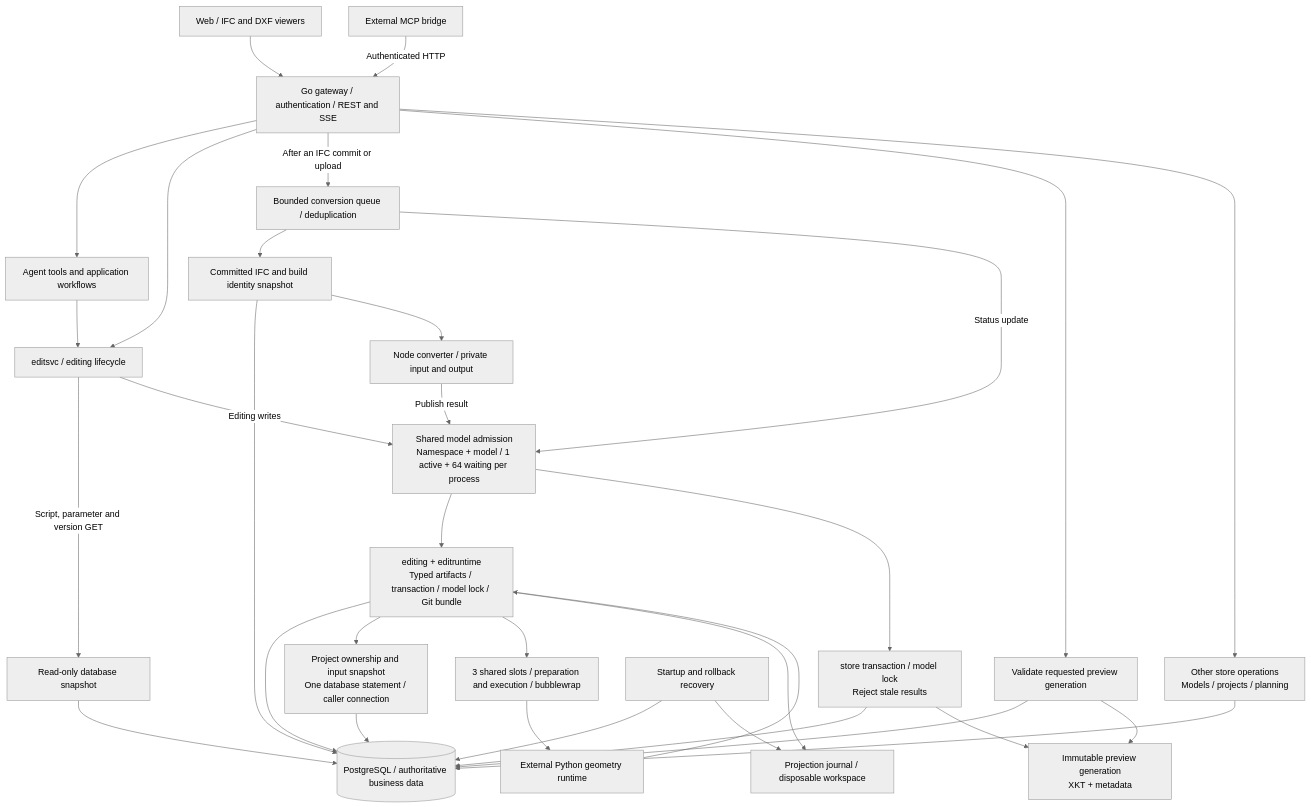
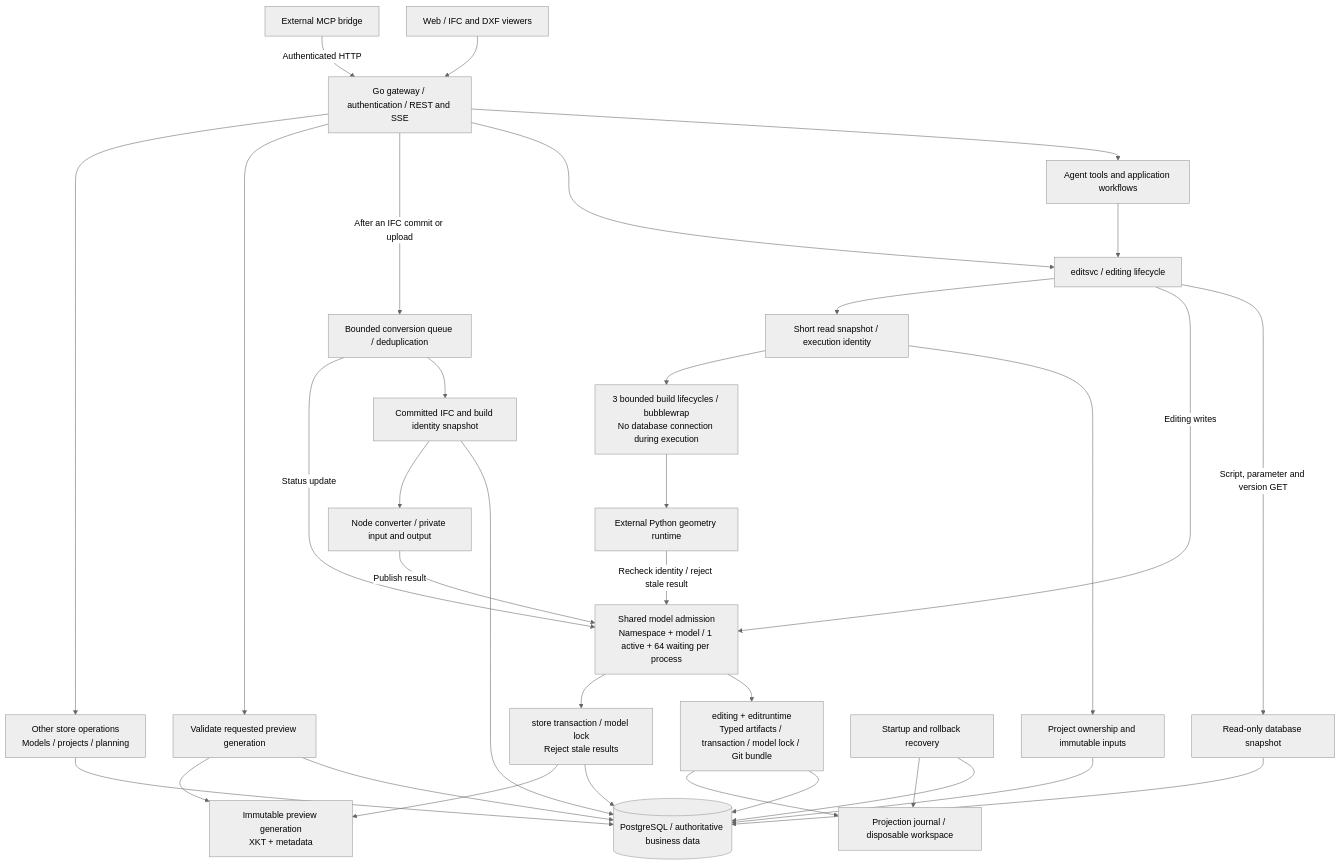
Before and after one commit to 0702hjj/SourceAEC: the first of 2 diagrams in README.md, drawn with Mermaid (neutral theme). The commit also changed other lines of this file and 23 other files, not shown here.

Commit message:
Release database leases during geometry and validate results before publication

````diff
--- a/README.md
+++ b/README.md
@@ -28,35 +28,36 @@
 ```mermaid
 flowchart TB
     WEB[Web / IFC and DXF viewers] --> API[Go gateway / authentication / REST and SSE]
     MCP[External MCP bridge] -->|Authenticated HTTP| API
     API --> AGENT[Agent tools and application workflows]
     API --> EDIT[editsvc / editing lifecycle]
     AGENT --> EDIT
     EDIT -->|Script, parameter and version GET| READ[Read-only database snapshot]
     READ --> PG[(PostgreSQL / authoritative business data)]
     EDIT -->|Editing writes| GATE[Shared model admission<br/>Namespace + model / 1 active + 64 waiting per process]
     GATE --> WRITE[editing + editruntime<br/>Typed artifacts / transaction / model lock / Git bundle]
     WRITE --> PG
-    WRITE --> INPUT[Project ownership and input snapshot<br/>One database statement / caller connection]
+    EDIT --> PREP[Short read snapshot / execution identity]
+    PREP --> INPUT[Project ownership and immutable inputs]
     INPUT --> PG
-    WRITE --> SANDBOX[3 shared slots / preparation and execution / bubblewrap]
+    PREP --> SANDBOX[3 bounded build lifecycles / bubblewrap<br/>No database connection during execution]
     SANDBOX --> PY[External Python geometry runtime]
-    PY --> WRITE
+    PY -->|Recheck identity / reject stale result| GATE
     WRITE --> JOURNAL[Projection journal / disposable workspace]
     API -->|After an IFC commit or upload| QUEUE[Bounded conversion queue / deduplication]
     QUEUE --> SOURCE[Committed IFC and build identity snapshot]
     SOURCE --> PG
     SOURCE --> NODE[Node converter / private input and output]
     NODE -->|Publish result| GATE
     QUEUE -->|Status update| GATE
     GATE --> DERIVED[store transaction / model lock<br/>Reject stale results]
     DERIVED --> PG
     DERIVED --> CACHE[Immutable preview generation<br/>XKT + metadata]
     API --> VIEW[Validate requested preview generation]
     VIEW --> PG
     VIEW --> CACHE
     RECOVER[Startup and rollback recovery] --> PG
     RECOVER --> JOURNAL
     API --> OTHER[Other store operations<br/>Models / projects / planning]
     OTHER --> PG
 ```
````
